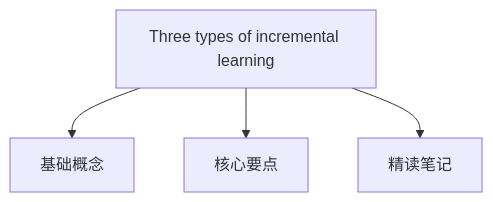
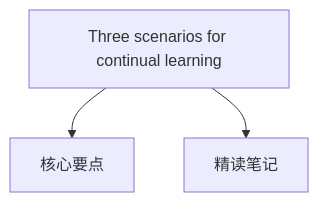
One commit to RenaissanceT/Continual_Learning_for_Time_Series_Survey_and_Evaluation changed the diagram in Article Analysis/2. Three scenarios for continual learning.md. Above: the diagram before and after it, drawn with Mermaid. The commit also changed other lines of this file, not shown here.

Commit message:
Update 2. Three scenarios for continual learning.md

````diff
--- a/Article Analysis/2. Three scenarios for continual learning.md
+++ b/Article Analysis/2. Three scenarios for continual learning.md
@@ -7,6 +7,5 @@
 ```mermaid
 graph TD
-    A[Three types of incremental learning] --> B[基础概念]
-    A --> C[核心要点]
+    A[Three scenarios for continual learning] --> B[核心要点]
     A --> D[精读笔记]
 ```
````
